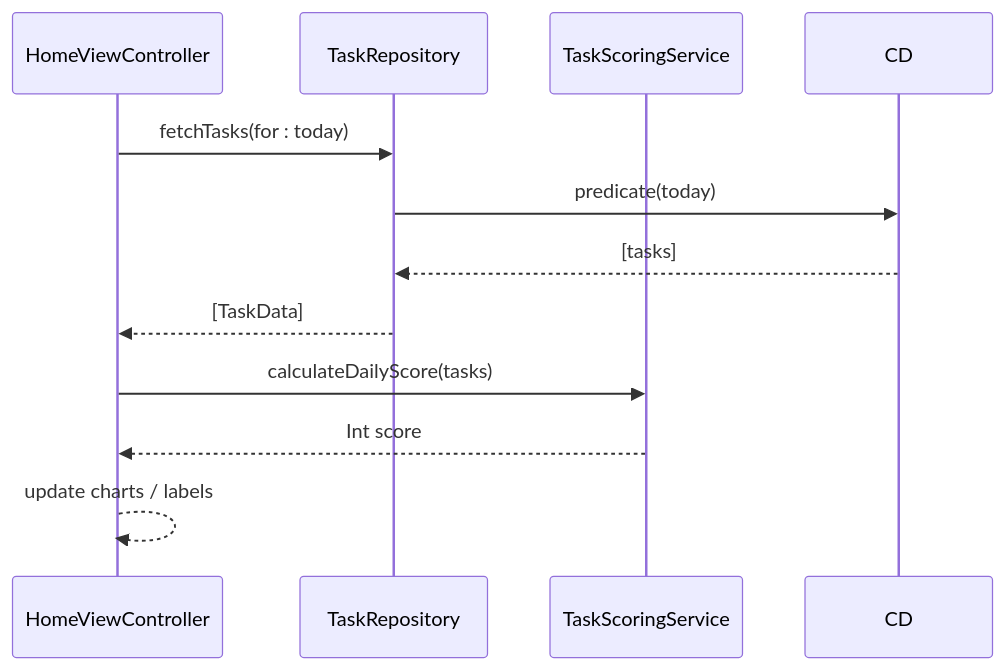
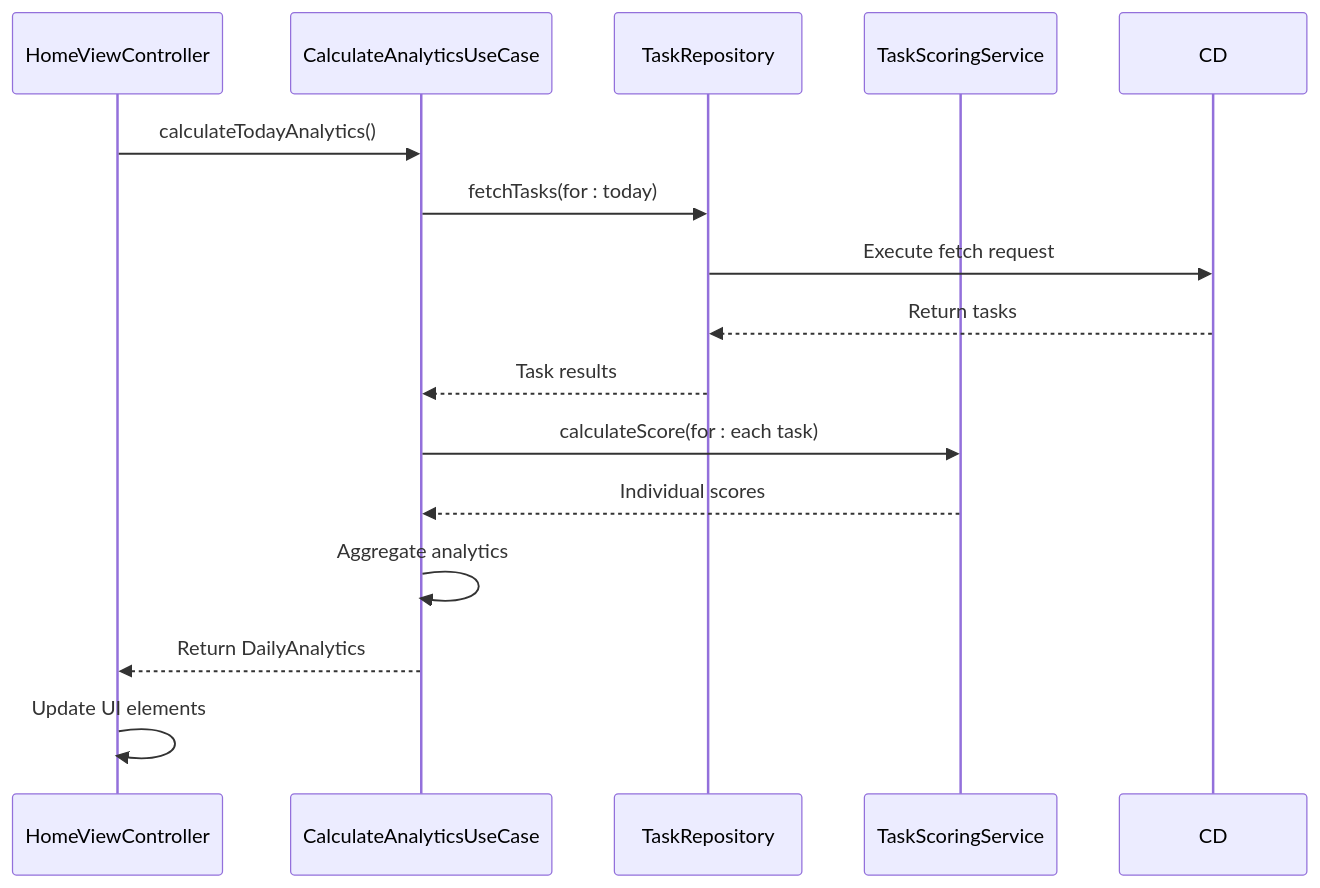
Before and after one commit to Saransh-Sharma/Tasker: the diagram in .qoder/repowiki/en/content/Analytics and Daily Scoring/UI Integration and Score Display.md, drawn with Mermaid. The commit also changed other lines of this file and 18 other files, not shown here.

````diff
--- a/.qoder/repowiki/en/content/Analytics and Daily Scoring/UI Integration and Score Display.md
+++ b/.qoder/repowiki/en/content/Analytics and Daily Scoring/UI Integration and Score Display.md
@@ -55,13 +95,17 @@
 ```mermaid
 sequenceDiagram
 participant UI as HomeViewController
+participant UseCase as CalculateAnalyticsUseCase
 participant Repo as TaskRepository
-participant Score as TaskScoringService
-UI->>Repo : fetchTasks(for : today)
-Repo->>CD : predicate(today)
-CD-->>Repo : [tasks]
-Repo-->>UI : [TaskData]
-UI->>Score : calculateDailyScore(tasks)
-Score-->>UI : Int score
-UI-->>UI : update charts / labels
+participant Scoring as TaskScoringService
+UI->>UseCase : calculateTodayAnalytics()
+UseCase->>Repo : fetchTasks(for : today)
+Repo->>CD : Execute fetch request
+CD-->>Repo : Return tasks
+Repo-->>UseCase : Task results
+UseCase->>Scoring : calculateScore(for : each task)
+Scoring-->>UseCase : Individual scores
+UseCase->>UseCase : Aggregate analytics
+UseCase-->>UI : Return DailyAnalytics
+UI->>UI : Update UI elements
 ```
````
